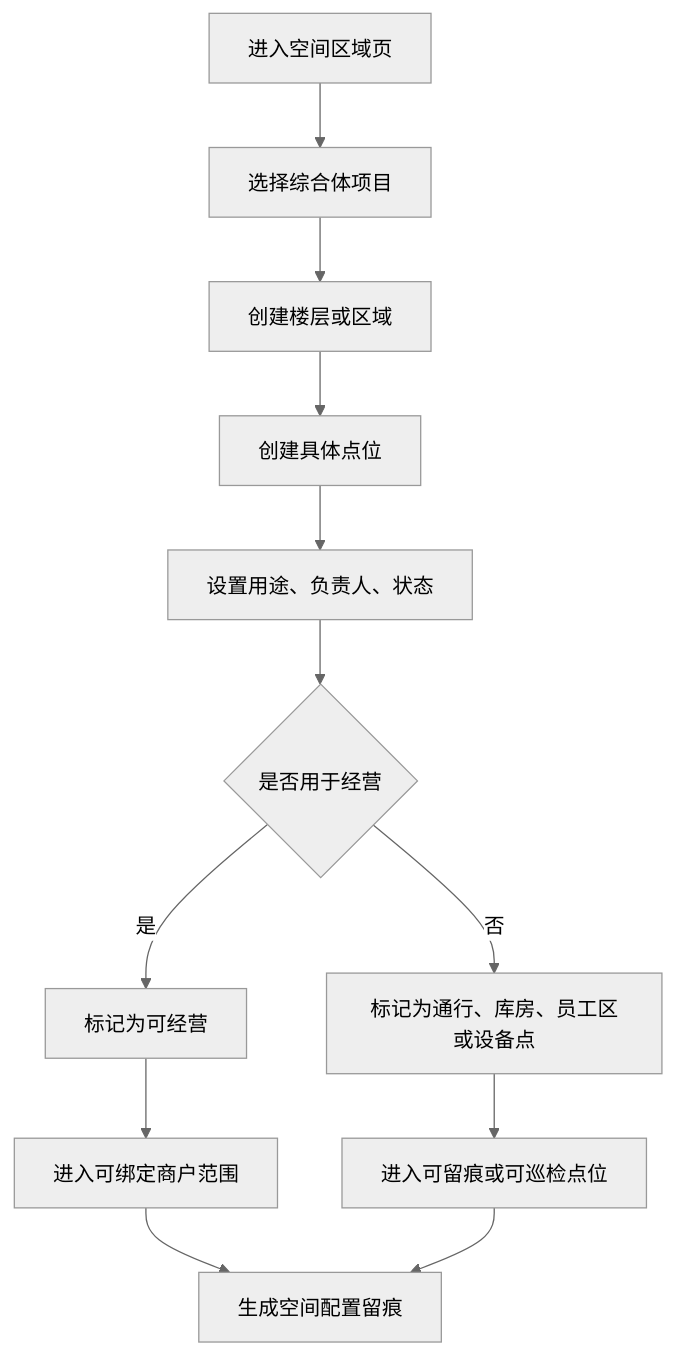
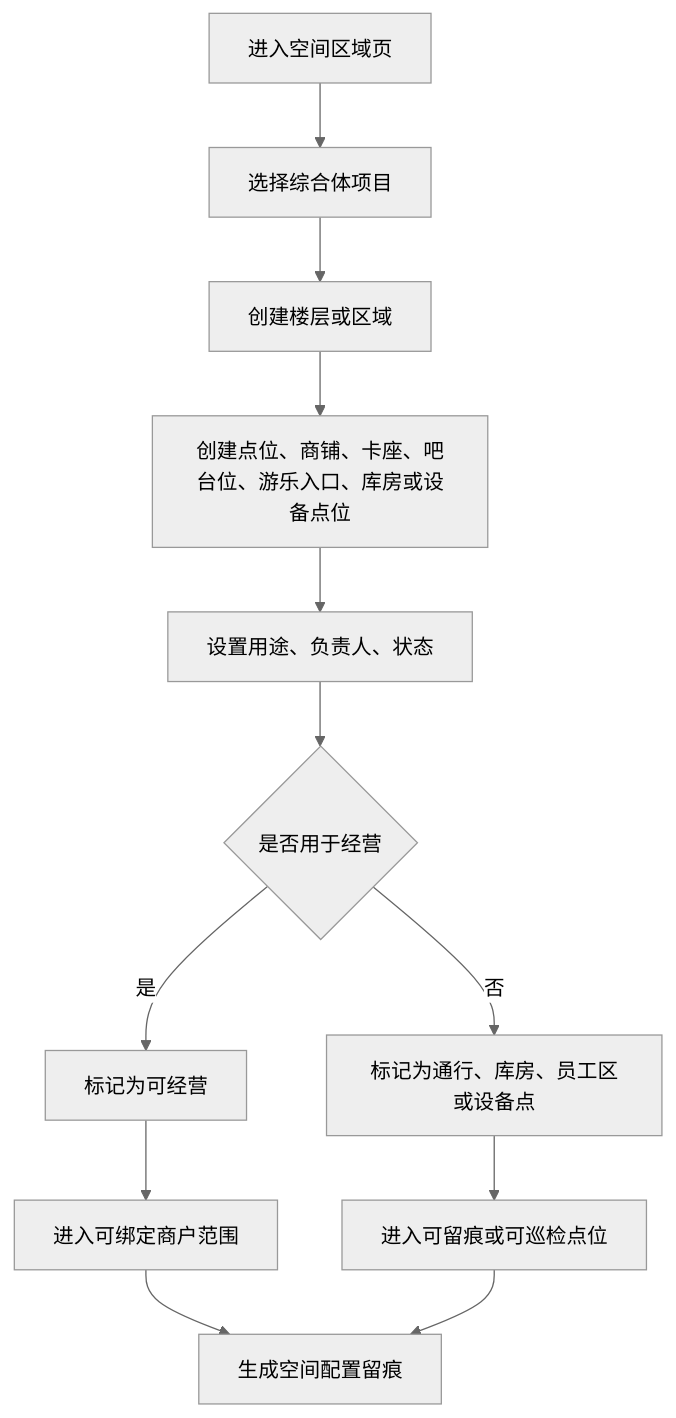
The third of 17 diagrams in docs/platform-governance-product-spec-v0.2.md (jxh1979/mall), drawn with Mermaid (neutral theme) before and after one commit. The commit also changed other lines of this file and 4 other files, not shown here.

````diff
--- a/docs/platform-governance-product-spec-v0.2.md
+++ b/docs/platform-governance-product-spec-v0.2.md
@@ -1480,14 +1444,14 @@
 ```mermaid
 flowchart TD
     A["进入空间区域页"] --> B["选择综合体项目"]
     B --> C["创建楼层或区域"]
-    C --> D["创建具体点位"]
+    C --> D["创建点位、商铺、卡座、吧台位、游乐入口、库房或设备点位"]
     D --> E["设置用途、负责人、状态"]
     E --> F{"是否用于经营"}
     F -- "是" --> G["标记为可经营"]
     F -- "否" --> H["标记为通行、库房、员工区或设备点"]
     G --> I["进入可绑定商户范围"]
     H --> J["进入可留痕或可巡检点位"]
     I --> K["生成空间配置留痕"]
     J --> K
 ```
````
